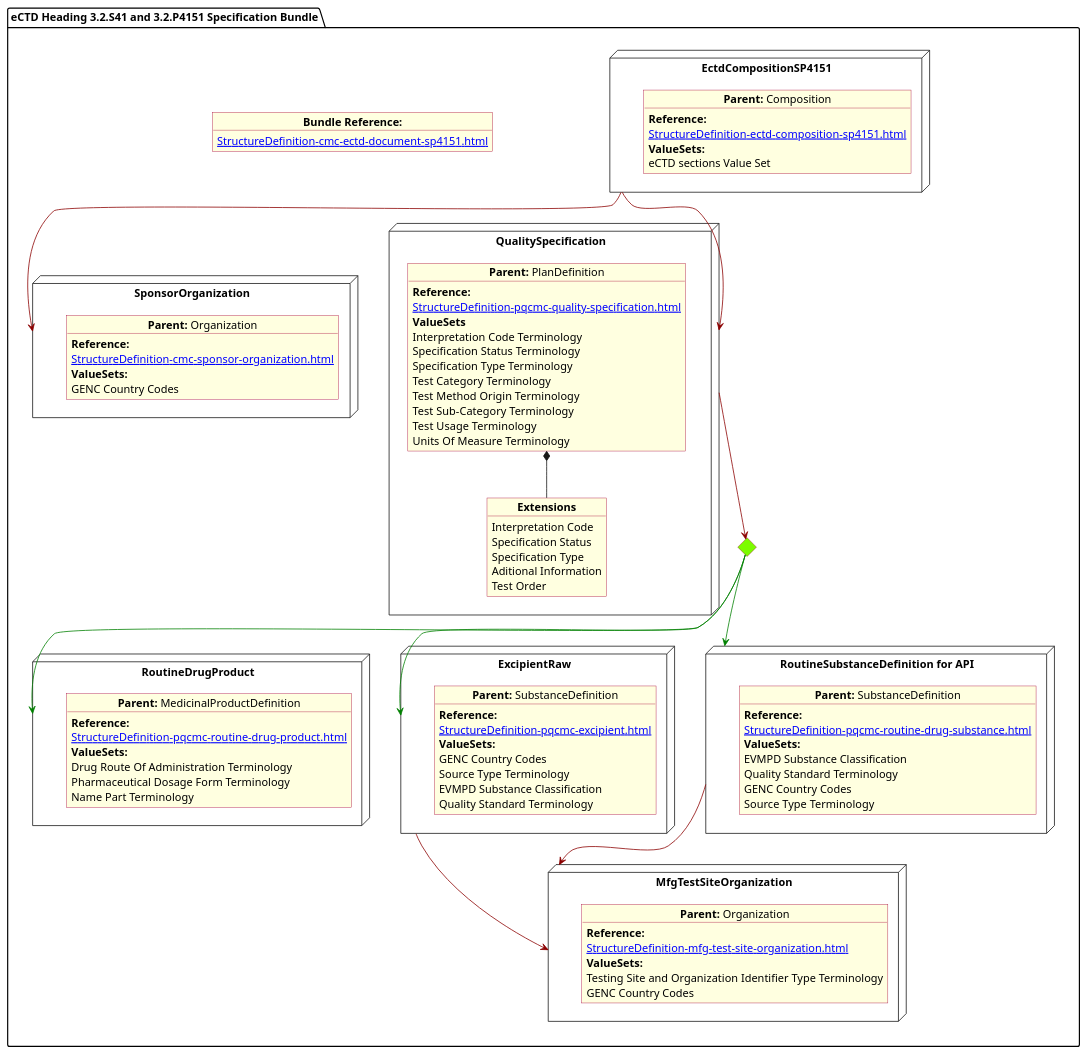
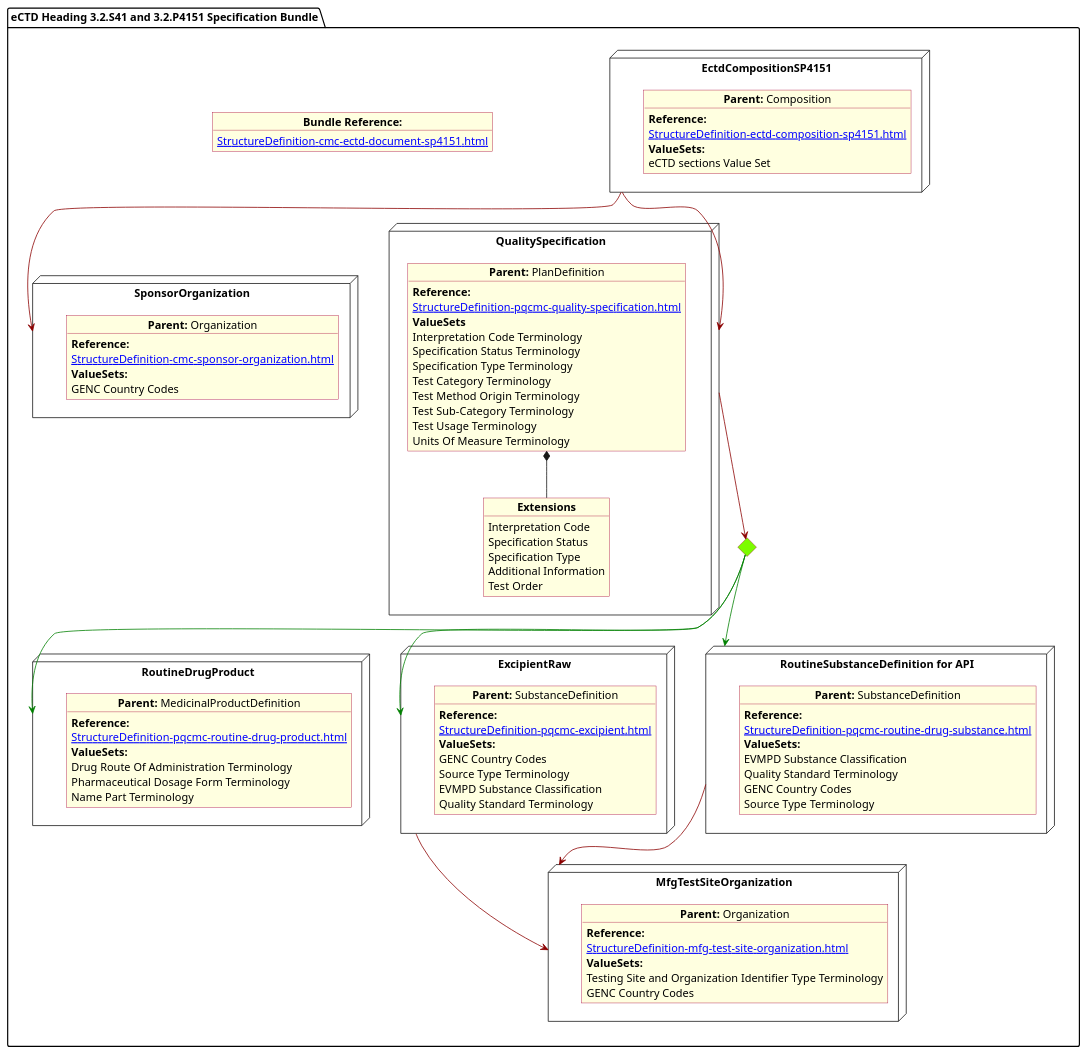
Before and after one commit to HL7/FHIR-us-pq-cmc-fda: the diagram in input/images-source/Specification.plantuml, drawn with PlantUML. The commit also changed 6 other files, not shown here.

```diff
--- a/input/images-source/Specification.plantuml
+++ b/input/images-source/Specification.plantuml
@@ -1,118 +1,118 @@
 @startuml Specification
 allowmixing
 'Mixed model of use case and object
 skinparam svgDimensionStyle false
 skinparam ObjectBackgroundColor LightYellow
 skinparam ObjectBorderColor #A80036
 skinparam activityDiamondBorderColor #A80036
 skinparam activityDiamondBackgroundColor lawnGreen
 skinparam ClassBorderThickness 4
 
 package "eCTD Heading 3.2.S41 and 3.2.P4151 Specification Bundle" as NODES {
   object "**Bundle Reference:**" as objbun {
     [[StructureDefinition-cmc-ectd-document-sp4151.html]]
   }
 
   node "RoutineDrugProduct" as NN {
 
     object "**Parent:** MedicinalProductDefinition" as obj3 {
       **Reference:**
       [[StructureDefinition-pqcmc-routine-drug-product.html]]
       **ValueSets:**
       Drug Route Of Administration Terminology
       Pharmaceutical Dosage Form Terminology
       Name Part Terminology
     }
   }
   node "ExcipientRaw" as N21 {
 
     object "**Parent:** SubstanceDefinition" as obj22 {
       **Reference:**
       [[StructureDefinition-pqcmc-excipient.html]]
       **ValueSets:**
       GENC Country Codes
       Source Type Terminology
       EVMPD Substance Classification
       Quality Standard Terminology
     }
   }
   node "MfgTestSiteOrganization" as N21mfg {
 
     object "**Parent:** Organization" as objTS  {
       **Reference:**
       [[StructureDefinition-mfg-test-site-organization.html]]
       **ValueSets:**
       Testing Site and Organization Identifier Type Terminology
       GENC Country Codes
     }
   }
 
   node "EctdCompositionSP4151" as N1 {
 
     object "**Parent:** Composition" as obj1 {
       **Reference:**
       [[StructureDefinition-ectd-composition-sp4151.html]]
       **ValueSets:**
       eCTD sections Value Set
     }
   }
   node "SponsorOrganization" as NMSpon {
 
     object "**Parent:** Organization" as objDP {
       **Reference:**
       [[StructureDefinition-cmc-sponsor-organization.html]]
       **ValueSets:**
       GENC Country Codes
     }
   }
 
   node "RoutineSubstanceDefinition for API" as NNS {
 
     object "**Parent:** SubstanceDefinition" as obj4 {
       **Reference:**
       [[StructureDefinition-pqcmc-routine-drug-substance.html]]
       **ValueSets:**
       EVMPD Substance Classification
       Quality Standard Terminology
       GENC Country Codes
       Source Type Terminology
     }
   }
 
   diamond CH
 
   node "QualitySpecification" as N2 {
 
     object "**Parent:** PlanDefinition" as obj2 {
       **Reference:**
       [[StructureDefinition-pqcmc-quality-specification.html]]
       **ValueSets**
       Interpretation Code Terminology
       Specification Status Terminology
       Specification Type Terminology
       Test Category Terminology
       Test Method Origin Terminology
       Test Sub-Category Terminology
       Test Usage Terminology
       Units Of Measure Terminology
     }
     object "**Extensions**" as objQSEx {
       Interpretation Code
       Specification Status
       Specification Type
-      Aditional Information
+      Additional Information
       Test Order
     }
     obj2 *-- objQSEx
   }
 
   N1 -[#darkred]-> NMSpon
   N1 -[#darkred]-> N2
   N2 -[#darkred]-> CH
   CH -[#green]-> N21
   CH -[#green]-> NNS
   CH -[#green]-> NN
   NNS -[#darkred]-> N21mfg
   N21 -[#darkred]-> N21mfg
 }
 @enduml
```
